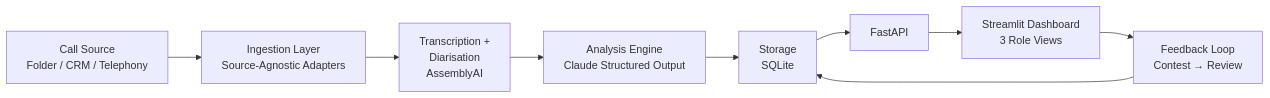
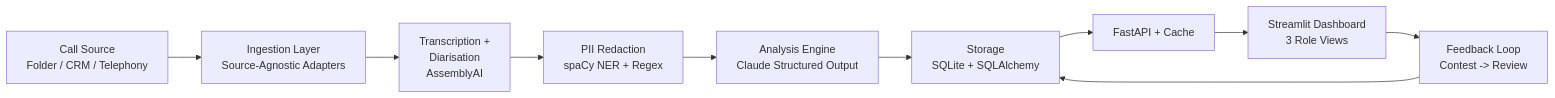
The diagram in README.md (Blacksujit/FitNova-Call-Intelligence), drawn with Mermaid before and after one commit. The commit also changed other lines of this file and 10 other files, not shown here.

````diff
--- a/README.md
+++ b/README.md
@@ -27,11 +29,12 @@
 ```mermaid
 flowchart LR
     A[Call Source<br/>Folder / CRM / Telephony] --> B[Ingestion Layer<br/>Source-Agnostic Adapters]
     B --> C[Transcription +<br/>Diarisation<br/>AssemblyAI]
-    C --> D[Analysis Engine<br/>Claude Structured Output]
-    D --> E[Storage<br/>SQLite]
-    E --> F[FastAPI]
-    F --> G[Streamlit Dashboard<br/>3 Role Views]
-    G --> H[Feedback Loop<br/>Contest → Review]
-    H --> E
+    C --> D[PII Redaction<br/>spaCy NER + Regex]
+    D --> E[Analysis Engine<br/>Claude Structured Output]
+    E --> F[Storage<br/>SQLite + SQLAlchemy]
+    F --> G[FastAPI + Cache]
+    G --> H[Streamlit Dashboard<br/>3 Role Views]
+    H --> I[Feedback Loop<br/>Contest -> Review]
+    I --> F
 ```
````
